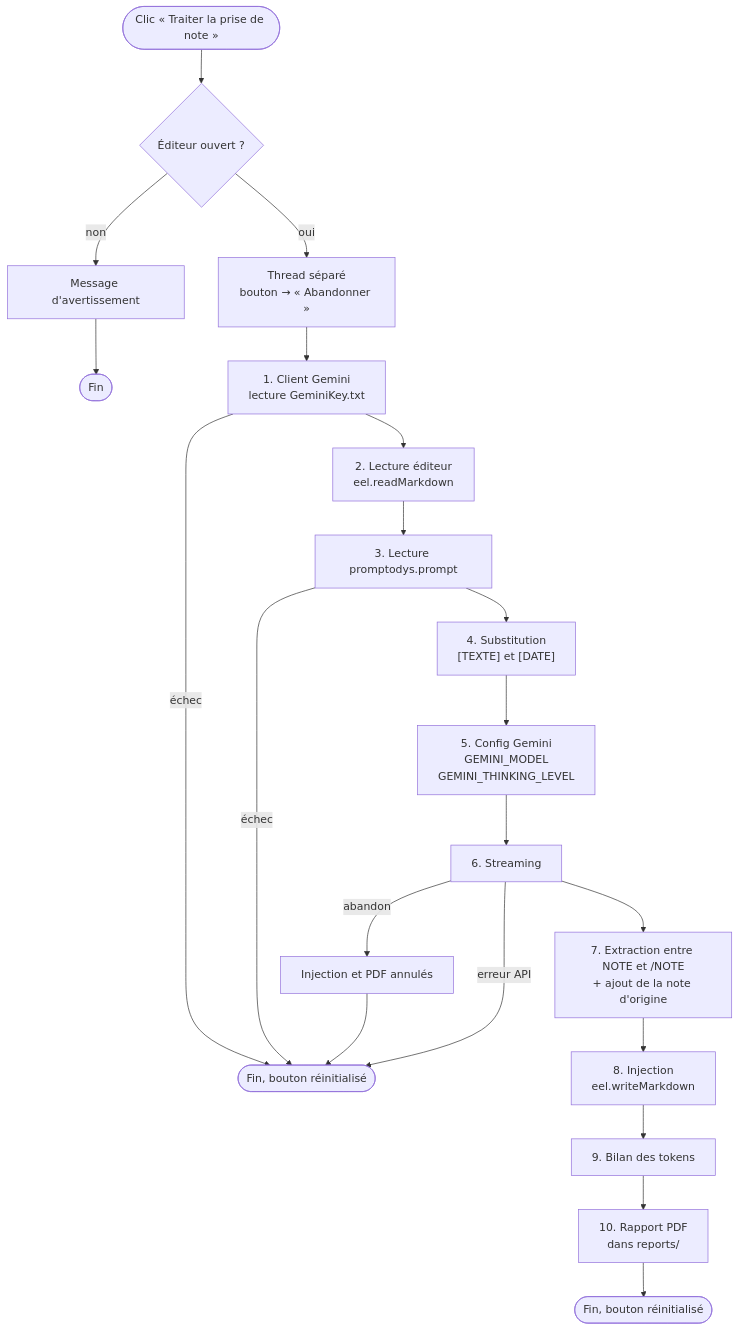
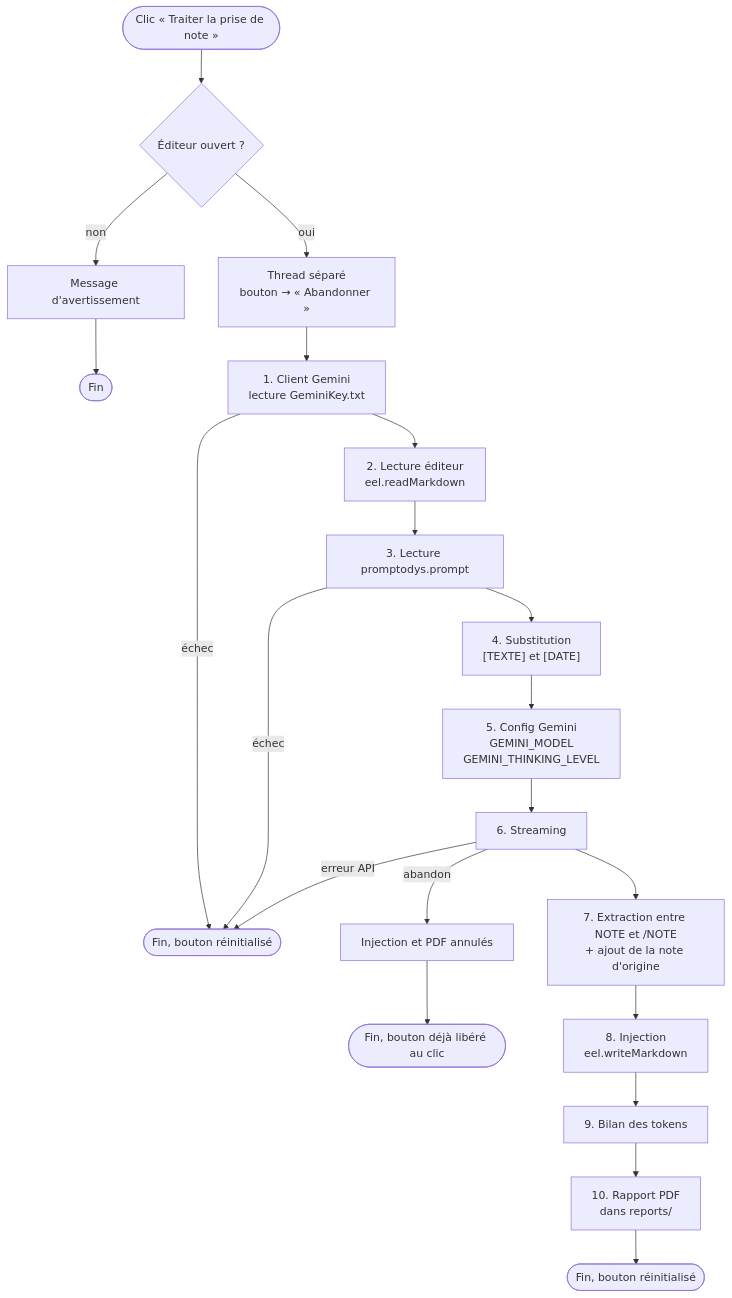
Before and after one commit to lecinquiemejour-code/PromptoDYS_app: the first of 8 diagrams in doc/WORKFLOW_GEMINI.md, drawn with Mermaid. The commit also changed other lines of this file and 2 other files, not shown here.

Commit message:
docs(ai): Update AI abandon documentation after cancellation rework

````diff
--- a/doc/WORKFLOW_GEMINI.md
+++ b/doc/WORKFLOW_GEMINI.md
@@ -30,23 +30,23 @@
 ```mermaid
 flowchart TD
     START(["Clic « Traiter la prise de note »"]) --> CHK{"Éditeur ouvert ?"}
     CHK -- non --> WARN["Message d'avertissement"] --> FIN0(["Fin"])
     CHK -- oui --> THREAD["Thread séparé<br/>bouton → « Abandonner »"]
 
     THREAD --> E1["1. Client Gemini<br/>lecture GeminiKey.txt"]
     E1 -- échec --> ERR(["Fin, bouton réinitialisé"])
     E1 --> E2["2. Lecture éditeur<br/>eel.readMarkdown"]
     E2 --> E3["3. Lecture promptodys.prompt"]
     E3 -- échec --> ERR
     E3 --> E4["4. Substitution<br/>[TEXTE] et [DATE]"]
     E4 --> E5["5. Config Gemini<br/>GEMINI_MODEL<br/>GEMINI_THINKING_LEVEL"]
     E5 --> E6["6. Streaming"]
 
-    E6 -- abandon --> ABORT["Injection et PDF annulés"] --> ERR
+    E6 -- abandon --> ABORT["Injection et PDF annulés"] --> FINA(["Fin, bouton déjà libéré au clic"])
     E6 -- erreur API --> ERR
     E6 --> E7["7. Extraction entre NOTE et /NOTE<br/>+ ajout de la note d'origine"]
     E7 --> E8["8. Injection<br/>eel.writeMarkdown"]
     E8 --> E9["9. Bilan des tokens"]
     E9 --> E10["10. Rapport PDF<br/>dans reports/"]
     E10 --> FIN(["Fin, bouton réinitialisé"])
 ```
````
